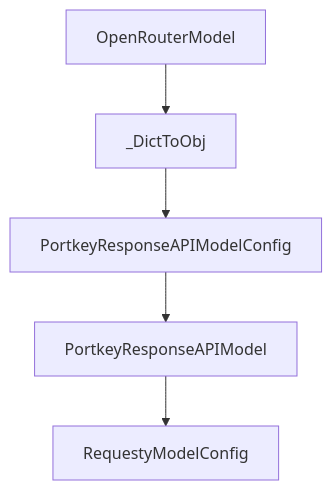
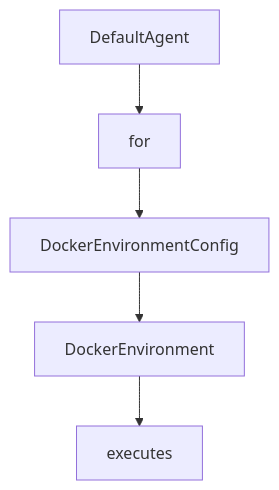
Before and after one commit to johnxie/awesome-code-docs: the diagram in tutorials/mini-swe-agent-tutorial/04-global-and-yaml-configuration-strategy.md, drawn with Mermaid. The commit also changed other lines of this file and 1232 other files, not shown here.

````diff
--- a/tutorials/mini-swe-agent-tutorial/04-global-and-yaml-configuration-strategy.md
+++ b/tutorials/mini-swe-agent-tutorial/04-global-and-yaml-configuration-strategy.md
@@ -212,12 +208,12 @@
 ```mermaid
 flowchart TD
-    A[OpenRouterModel]
-    B[_DictToObj]
-    C[PortkeyResponseAPIModelConfig]
-    D[PortkeyResponseAPIModel]
-    E[RequestyModelConfig]
+    A[DefaultAgent]
+    B[for]
+    C[DockerEnvironmentConfig]
+    D[DockerEnvironment]
+    E[executes]
     A --> B
     B --> C
     C --> D
     D --> E
 ```
````
